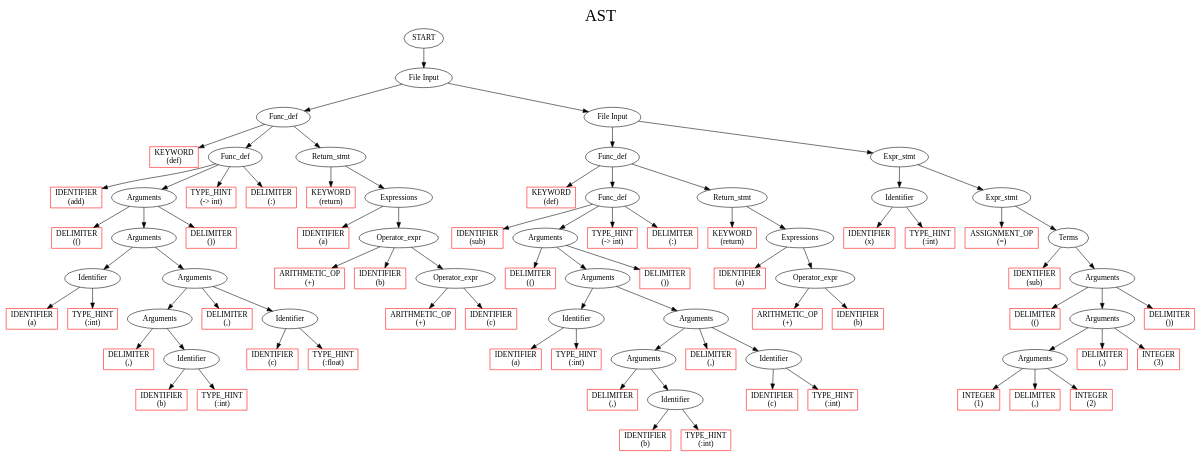
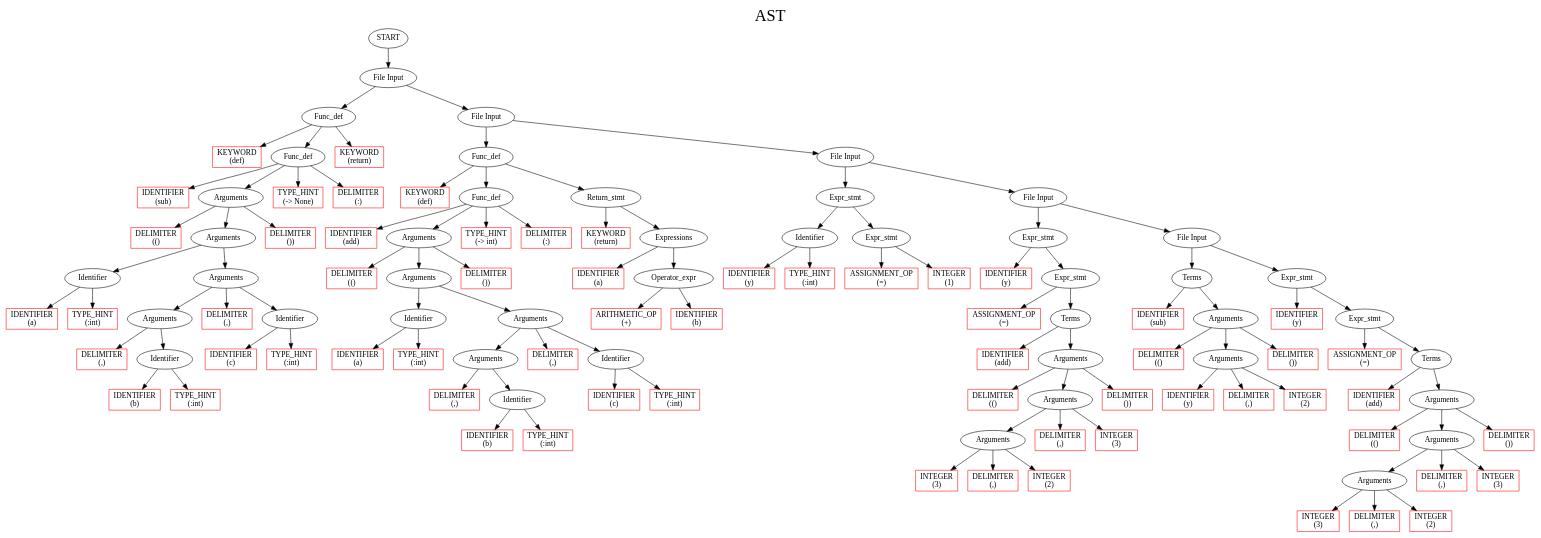
The diagram in output.dot (depanshu357/CS335-Compiler), drawn with Graphviz before and after one commit. The commit also changed 5 other files, not shown here.

Commit message:
func 3ac,func argument type checking  done

```diff
--- a/output.dot
+++ b/output.dot
@@ -6,19 +6,19 @@
 labelloc  = t
 
 node   [ fontname="Cascadia code" ]
-	158		[ style = solid label = "START"  ];
-	158 -> 157
-	157		[ style = solid label = "File Input"  ];
-	157 -> 46
-	46		[ style = solid label = "Func_def"  ];
-	46 -> 0
+	267		[ style = solid label = "START"  ];
+	267 -> 266
+	266		[ style = solid label = "File Input"  ];
+	266 -> 24
+	24		[ style = solid label = "Func_def"  ];
+	24 -> 0
 	0		[ style = solid label = "KEYWORD 
 (def)" color = red shape = rectangle ];
-	46 -> 21
+	24 -> 21
 	21		[ style = solid label = "Func_def"  ];
 	21 -> 1
 	1		[ style = solid label = "IDENTIFIER 
-(add)" color = red shape = rectangle ];
+(sub)" color = red shape = rectangle ];
 	21 -> 18
 	18		[ style = solid label = "Arguments"  ];
 	18 -> 2
@@ -59,167 +59,229 @@
 (c)" color = red shape = rectangle ];
 	14 -> 13
 	13		[ style = solid label = "TYPE_HINT 
-(:float)" color = red shape = rectangle ];
+(:int)" color = red shape = rectangle ];
 	18 -> 15
 	15		[ style = solid label = "DELIMITER 
 ())" color = red shape = rectangle ];
 	21 -> 19
 	19		[ style = solid label = "TYPE_HINT 
-(-> int)" color = red shape = rectangle ];
+(-> None)" color = red shape = rectangle ];
 	21 -> 20
 	20		[ style = solid label = "DELIMITER 
 (:)" color = red shape = rectangle ];
-	46 -> 44
-	44		[ style = solid label = "Return_stmt"  ];
-	44 -> 22
+	24 -> 22
 	22		[ style = solid label = "KEYWORD 
 (return)" color = red shape = rectangle ];
-	44 -> 36
-	36		[ style = solid label = "Expressions"  ];
-	36 -> 23
-	23		[ style = solid label = "IDENTIFIER 
+	266 -> 265
+	265		[ style = solid label = "File Input"  ];
+	265 -> 66
+	66		[ style = solid label = "Func_def"  ];
+	66 -> 25
+	25		[ style = solid label = "KEYWORD 
+(def)" color = red shape = rectangle ];
+	66 -> 46
+	46		[ style = solid label = "Func_def"  ];
+	46 -> 26
+	26		[ style = solid label = "IDENTIFIER 
+(add)" color = red shape = rectangle ];
+	46 -> 43
+	43		[ style = solid label = "Arguments"  ];
+	43 -> 27
+	27		[ style = solid label = "DELIMITER 
+(()" color = red shape = rectangle ];
+	43 -> 42
+	42		[ style = solid label = "Arguments"  ];
+	42 -> 30
+	30		[ style = solid label = "Identifier"  ];
+	30 -> 28
+	28		[ style = solid label = "IDENTIFIER 
 (a)" color = red shape = rectangle ];
-	36 -> 35
-	35		[ style = solid label = "Operator_expr"  ];
-	35 -> 24
-	24		[ style = solid label = "ARITHMETIC_OP 
+	30 -> 29
+	29		[ style = solid label = "TYPE_HINT 
+(:int)" color = red shape = rectangle ];
+	42 -> 41
+	41		[ style = solid label = "Arguments"  ];
+	41 -> 36
+	36		[ style = solid label = "Arguments"  ];
+	36 -> 31
+	31		[ style = solid label = "DELIMITER 
+(,)" color = red shape = rectangle ];
+	36 -> 34
+	34		[ style = solid label = "Identifier"  ];
+	34 -> 32
+	32		[ style = solid label = "IDENTIFIER 
+(b)" color = red shape = rectangle ];
+	34 -> 33
+	33		[ style = solid label = "TYPE_HINT 
+(:int)" color = red shape = rectangle ];
+	41 -> 35
+	35		[ style = solid label = "DELIMITER 
+(,)" color = red shape = rectangle ];
+	41 -> 39
+	39		[ style = solid label = "Identifier"  ];
+	39 -> 37
+	37		[ style = solid label = "IDENTIFIER 
+(c)" color = red shape = rectangle ];
+	39 -> 38
+	38		[ style = solid label = "TYPE_HINT 
+(:int)" color = red shape = rectangle ];
+	43 -> 40
+	40		[ style = solid label = "DELIMITER 
+())" color = red shape = rectangle ];
+	46 -> 44
+	44		[ style = solid label = "TYPE_HINT 
+(-> int)" color = red shape = rectangle ];
+	46 -> 45
+	45		[ style = solid label = "DELIMITER 
+(:)" color = red shape = rectangle ];
+	66 -> 64
+	64		[ style = solid label = "Return_stmt"  ];
+	64 -> 47
+	47		[ style = solid label = "KEYWORD 
+(return)" color = red shape = rectangle ];
+	64 -> 56
+	56		[ style = solid label = "Expressions"  ];
+	56 -> 48
+	48		[ style = solid label = "IDENTIFIER 
+(a)" color = red shape = rectangle ];
+	56 -> 55
+	55		[ style = solid label = "Operator_expr"  ];
+	55 -> 49
+	49		[ style = solid label = "ARITHMETIC_OP 
 (+)" color = red shape = rectangle ];
-	35 -> 27
-	27		[ style = solid label = "IDENTIFIER 
+	55 -> 52
+	52		[ style = solid label = "IDENTIFIER 
 (b)" color = red shape = rectangle ];
-	35 -> 34
-	34		[ style = solid label = "Operator_expr"  ];
-	34 -> 28
-	28		[ style = solid label = "ARITHMETIC_OP 
-(+)" color = red shape = rectangle ];
-	34 -> 31
-	31		[ style = solid label = "IDENTIFIER 
-(c)" color = red shape = rectangle ];
+	265 -> 264
+	264		[ style = solid label = "File Input"  ];
+	264 -> 93
+	93		[ style = solid label = "Expr_stmt"  ];
+	93 -> 69
+	69		[ style = solid label = "Identifier"  ];
+	69 -> 67
+	67		[ style = solid label = "IDENTIFIER 
+(y)" color = red shape = rectangle ];
+	69 -> 68
+	68		[ style = solid label = "TYPE_HINT 
+(:int)" color = red shape = rectangle ];
+	93 -> 92
+	92		[ style = solid label = "Expr_stmt"  ];
+	92 -> 70
+	70		[ style = solid label = "ASSIGNMENT_OP 
+(=)" color = red shape = rectangle ];
+	92 -> 81
+	81		[ style = solid label = "INTEGER 
+(1)" color = red shape = rectangle ];
+	264 -> 263
+	263		[ style = solid label = "File Input"  ];
+	263 -> 157
+	157		[ style = solid label = "Expr_stmt"  ];
+	157 -> 95
+	95		[ style = solid label = "IDENTIFIER 
+(y)" color = red shape = rectangle ];
 	157 -> 156
-	156		[ style = solid label = "File Input"  ];
-	156 -> 88
-	88		[ style = solid label = "Func_def"  ];
-	88 -> 47
-	47		[ style = solid label = "KEYWORD 
-(def)" color = red shape = rectangle ];
-	88 -> 68
-	68		[ style = solid label = "Func_def"  ];
-	68 -> 48
-	48		[ style = solid label = "IDENTIFIER 
+	156		[ style = solid label = "Expr_stmt"  ];
+	156 -> 96
+	96		[ style = solid label = "ASSIGNMENT_OP 
+(=)" color = red shape = rectangle ];
+	156 -> 146
+	146		[ style = solid label = "Terms"  ];
+	146 -> 107
+	107		[ style = solid label = "IDENTIFIER 
+(add)" color = red shape = rectangle ];
+	146 -> 144
+	144		[ style = solid label = "Arguments"  ];
+	144 -> 108
+	108		[ style = solid label = "DELIMITER 
+(()" color = red shape = rectangle ];
+	144 -> 143
+	143		[ style = solid label = "Arguments"  ];
+	143 -> 131
+	131		[ style = solid label = "Arguments"  ];
+	131 -> 109
+	109		[ style = solid label = "INTEGER 
+(3)" color = red shape = rectangle ];
+	131 -> 110
+	110		[ style = solid label = "DELIMITER 
+(,)" color = red shape = rectangle ];
+	131 -> 120
+	120		[ style = solid label = "INTEGER 
+(2)" color = red shape = rectangle ];
+	143 -> 121
+	121		[ style = solid label = "DELIMITER 
+(,)" color = red shape = rectangle ];
+	143 -> 132
+	132		[ style = solid label = "INTEGER 
+(3)" color = red shape = rectangle ];
+	144 -> 133
+	133		[ style = solid label = "DELIMITER 
+())" color = red shape = rectangle ];
+	263 -> 262
+	262		[ style = solid label = "File Input"  ];
+	262 -> 186
+	186		[ style = solid label = "Terms"  ];
+	186 -> 159
+	159		[ style = solid label = "IDENTIFIER 
 (sub)" color = red shape = rectangle ];
-	68 -> 65
-	65		[ style = solid label = "Arguments"  ];
-	65 -> 49
-	49		[ style = solid label = "DELIMITER 
+	186 -> 184
+	184		[ style = solid label = "Arguments"  ];
+	184 -> 160
+	160		[ style = solid label = "DELIMITER 
 (()" color = red shape = rectangle ];
-	65 -> 64
-	64		[ style = solid label = "Arguments"  ];
-	64 -> 52
-	52		[ style = solid label = "Identifier"  ];
-	52 -> 50
-	50		[ style = solid label = "IDENTIFIER 
-(a)" color = red shape = rectangle ];
-	52 -> 51
-	51		[ style = solid label = "TYPE_HINT 
-(:int)" color = red shape = rectangle ];
-	64 -> 63
-	63		[ style = solid label = "Arguments"  ];
-	63 -> 58
-	58		[ style = solid label = "Arguments"  ];
-	58 -> 53
-	53		[ style = solid label = "DELIMITER 
+	184 -> 183
+	183		[ style = solid label = "Arguments"  ];
+	183 -> 161
+	161		[ style = solid label = "IDENTIFIER 
+(y)" color = red shape = rectangle ];
+	183 -> 162
+	162		[ style = solid label = "DELIMITER 
 (,)" color = red shape = rectangle ];
-	58 -> 56
-	56		[ style = solid label = "Identifier"  ];
-	56 -> 54
-	54		[ style = solid label = "IDENTIFIER 
-(b)" color = red shape = rectangle ];
-	56 -> 55
-	55		[ style = solid label = "TYPE_HINT 
-(:int)" color = red shape = rectangle ];
-	63 -> 57
-	57		[ style = solid label = "DELIMITER 
+	183 -> 172
+	172		[ style = solid label = "INTEGER 
+(2)" color = red shape = rectangle ];
+	184 -> 173
+	173		[ style = solid label = "DELIMITER 
+())" color = red shape = rectangle ];
+	262 -> 259
+	259		[ style = solid label = "Expr_stmt"  ];
+	259 -> 197
+	197		[ style = solid label = "IDENTIFIER 
+(y)" color = red shape = rectangle ];
+	259 -> 258
+	258		[ style = solid label = "Expr_stmt"  ];
+	258 -> 198
+	198		[ style = solid label = "ASSIGNMENT_OP 
+(=)" color = red shape = rectangle ];
+	258 -> 248
+	248		[ style = solid label = "Terms"  ];
+	248 -> 209
+	209		[ style = solid label = "IDENTIFIER 
+(add)" color = red shape = rectangle ];
+	248 -> 246
+	246		[ style = solid label = "Arguments"  ];
+	246 -> 210
+	210		[ style = solid label = "DELIMITER 
+(()" color = red shape = rectangle ];
+	246 -> 245
+	245		[ style = solid label = "Arguments"  ];
+	245 -> 233
+	233		[ style = solid label = "Arguments"  ];
+	233 -> 211
+	211		[ style = solid label = "INTEGER 
+(3)" color = red shape = rectangle ];
+	233 -> 212
+	212		[ style = solid label = "DELIMITER 
 (,)" color = red shape = rectangle ];
-	63 -> 61
-	61		[ style = solid label = "Identifier"  ];
-	61 -> 59
-	59		[ style = solid label = "IDENTIFIER 
-(c)" color = red shape = rectangle ];
-	61 -> 60
-	60		[ style = solid label = "TYPE_HINT 
-(:int)" color = red shape = rectangle ];
-	65 -> 62
-	62		[ style = solid label = "DELIMITER 
-())" color = red shape = rectangle ];
-	68 -> 66
-	66		[ style = solid label = "TYPE_HINT 
-(-> int)" color = red shape = rectangle ];
-	68 -> 67
-	67		[ style = solid label = "DELIMITER 
-(:)" color = red shape = rectangle ];
-	88 -> 86
-	86		[ style = solid label = "Return_stmt"  ];
-	86 -> 69
-	69		[ style = solid label = "KEYWORD 
-(return)" color = red shape = rectangle ];
-	86 -> 78
-	78		[ style = solid label = "Expressions"  ];
-	78 -> 70
-	70		[ style = solid label = "IDENTIFIER 
-(a)" color = red shape = rectangle ];
-	78 -> 77
-	77		[ style = solid label = "Operator_expr"  ];
-	77 -> 71
-	71		[ style = solid label = "ARITHMETIC_OP 
-(+)" color = red shape = rectangle ];
-	77 -> 74
-	74		[ style = solid label = "IDENTIFIER 
-(b)" color = red shape = rectangle ];
-	156 -> 153
-	153		[ style = solid label = "Expr_stmt"  ];
-	153 -> 91
-	91		[ style = solid label = "Identifier"  ];
-	91 -> 89
-	89		[ style = solid label = "IDENTIFIER 
-(x)" color = red shape = rectangle ];
-	91 -> 90
-	90		[ style = solid label = "TYPE_HINT 
-(:int)" color = red shape = rectangle ];
-	153 -> 152
-	152		[ style = solid label = "Expr_stmt"  ];
-	152 -> 92
-	92		[ style = solid label = "ASSIGNMENT_OP 
-(=)" color = red shape = rectangle ];
-	152 -> 142
-	142		[ style = solid label = "Terms"  ];
-	142 -> 103
-	103		[ style = solid label = "IDENTIFIER 
-(sub)" color = red shape = rectangle ];
-	142 -> 140
-	140		[ style = solid label = "Arguments"  ];
-	140 -> 104
-	104		[ style = solid label = "DELIMITER 
-(()" color = red shape = rectangle ];
-	140 -> 139
-	139		[ style = solid label = "Arguments"  ];
-	139 -> 127
-	127		[ style = solid label = "Arguments"  ];
-	127 -> 105
-	105		[ style = solid label = "INTEGER 
-(1)" color = red shape = rectangle ];
-	127 -> 106
-	106		[ style = solid label = "DELIMITER 
+	233 -> 222
+	222		[ style = solid label = "INTEGER 
+(2)" color = red shape = rectangle ];
+	245 -> 223
+	223		[ style = solid label = "DELIMITER 
 (,)" color = red shape = rectangle ];
-	127 -> 116
-	116		[ style = solid label = "INTEGER 
-(2)" color = red shape = rectangle ];
-	139 -> 117
-	117		[ style = solid label = "DELIMITER 
-(,)" color = red shape = rectangle ];
-	139 -> 128
-	128		[ style = solid label = "INTEGER 
+	245 -> 234
+	234		[ style = solid label = "INTEGER 
 (3)" color = red shape = rectangle ];
-	140 -> 129
-	129		[ style = solid label = "DELIMITER 
+	246 -> 235
+	235		[ style = solid label = "DELIMITER 
 ())" color = red shape = rectangle ];
 }
```
